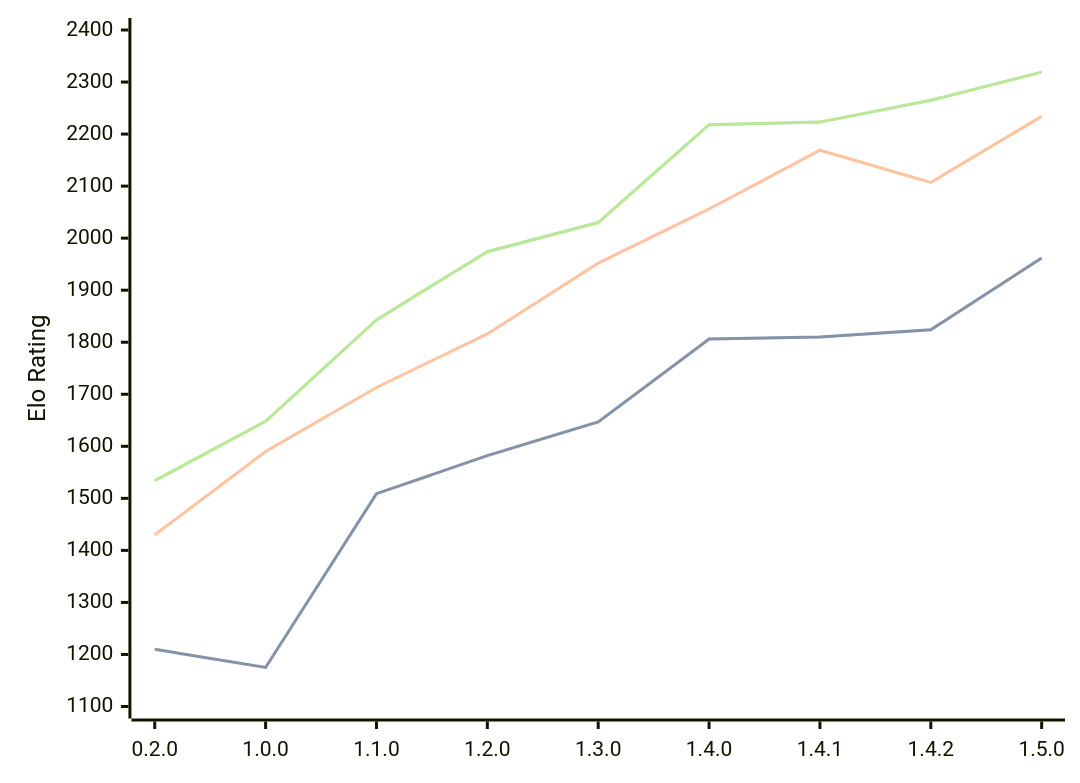
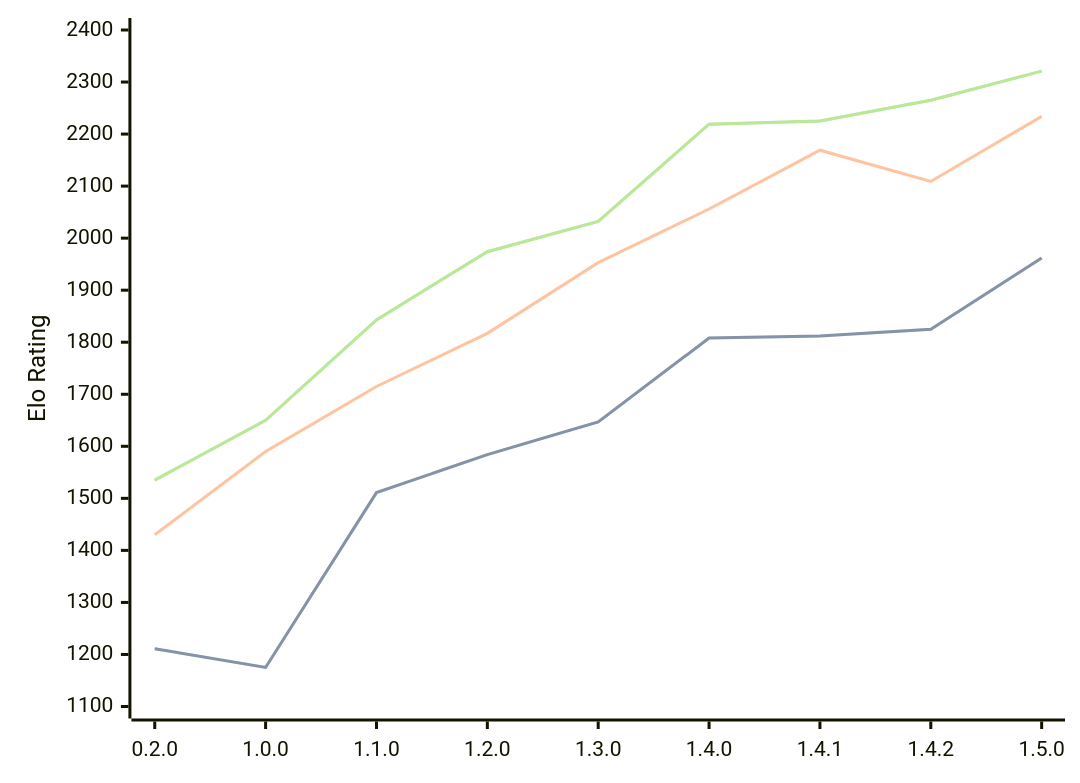
Before and after one commit to computer-chess-index/cci: the diagram in engines/Zeppelin.md, drawn with Mermaid. The commit also changed other lines of this file, not shown here.

Commit message:
Update CCI Ratings (ELO VLTC) - 2026-05-17

````diff
--- a/engines/Zeppelin.md
+++ b/engines/Zeppelin.md
@@ -41,11 +41,11 @@
 ```mermaid
 %%{init: {"theme":"base","themeVariables":{"seriesColors:['#a3a3a3','#222221','#faa371']}}}%%
 xychart-beta
   x-axis ["0.2.0", "1.0.0", "1.1.0", "1.2.0", "1.3.0", "1.4.0", "1.4.1", "1.4.2", "1.5.0"]
   y-axis "Elo Rating" 1100 --> 2400
-  line "STC (8.0+0.08s)" [1210, 1175, 1509, 1582, 1647, 1806, 1810, 1824, 1962]
-  line "STC (8.0+0.08s)" [1210, 1175, 1509, 1582, 1647, 1806, 1810, 1824, 1962]
-  line "LTC (60.0+0.60s)" [1430, 1590, 1713, 1816, 1952, 2056, 2169, 2107, 2234]
-  line "VLTC (2m24s+1.12s)" [1534, 1648, 1843, 1974, 2030, 2218, 2223, 2265, 2319]
-  line "VLTC (2m24s+1.12s)" [1534, 1648, 1843, 1974, 2030, 2218, 2223, 2265, 2319]
+  line "STC (8.0+0.08s)" [1211, 1175, 1511, 1584, 1647, 1808, 1812, 1825, 1962]
+  line "STC (8.0+0.08s)" [1211, 1175, 1511, 1584, 1647, 1808, 1812, 1825, 1962]
+  line "LTC (60.0+0.60s)" [1430, 1590, 1715, 1817, 1953, 2056, 2169, 2109, 2234]
+  line "VLTC (2m24s+1.12s)" [1535, 1650, 1843, 1974, 2032, 2219, 2225, 2265, 2321]
+  line "VLTC (2m24s+1.12s)" [1535, 1650, 1843, 1974, 2032, 2219, 2225, 2265, 2321]
 ```
````
